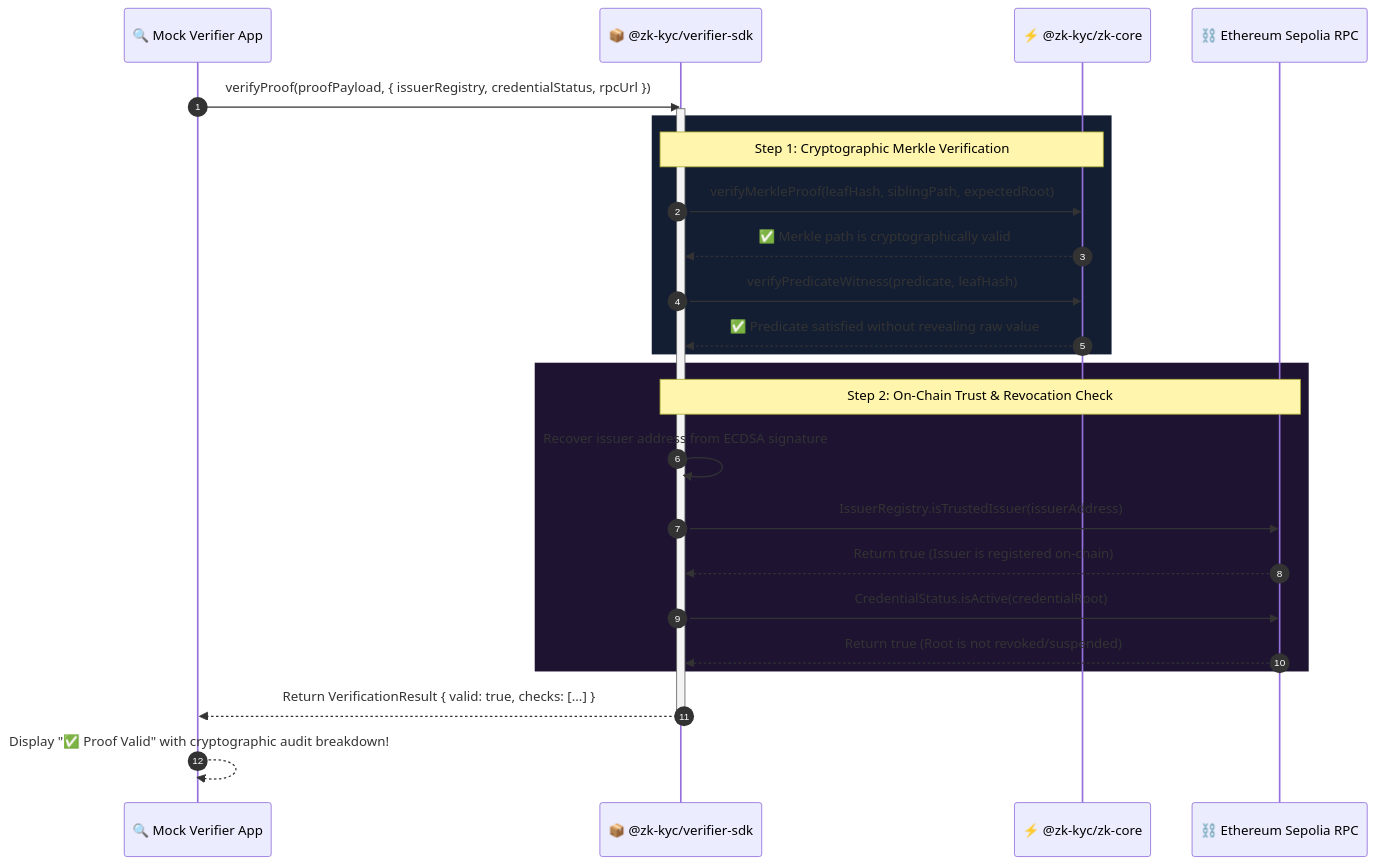
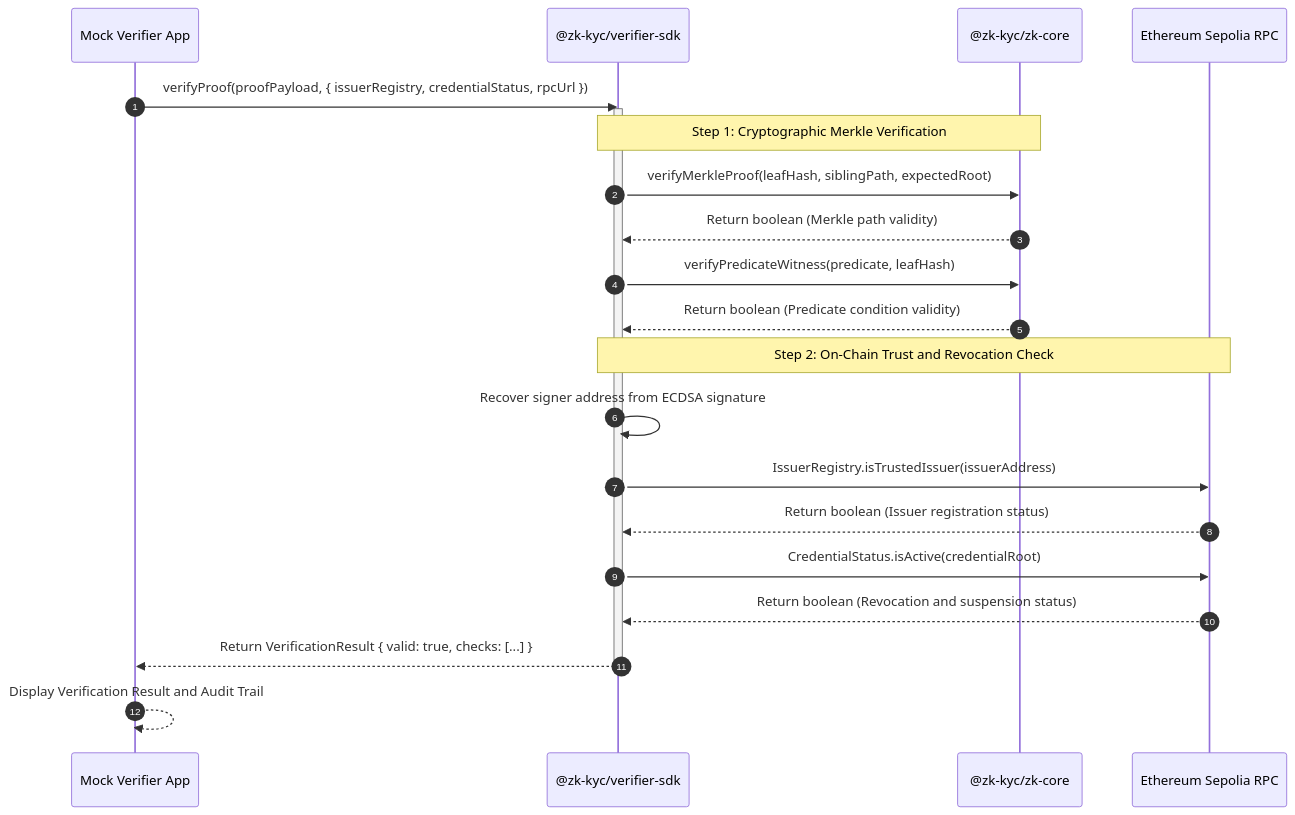
The fifth of 6 diagrams in README.md (aditya-raj9125/ZK-Kyc), drawn with Mermaid before and after one commit. The commit also changed other lines of this file, not shown here.

````diff
--- a/README.md
+++ b/README.md
@@ -218,33 +215,29 @@
 ```mermaid
 sequenceDiagram
     autonumber
-    participant Verifier as 🔍 Mock Verifier App
-    participant SDK as 📦 @zk-kyc/verifier-sdk
-    participant ZK as ⚡ @zk-kyc/zk-core
-    participant Sepolia as ⛓️ Ethereum Sepolia RPC
+    participant Verifier as Mock Verifier App
+    participant SDK as @zk-kyc/verifier-sdk
+    participant ZK as @zk-kyc/zk-core
+    participant Sepolia as Ethereum Sepolia RPC
 
     Verifier->>SDK: verifyProof(proofPayload, { issuerRegistry, credentialStatus, rpcUrl })
     activate SDK
 
-    rect rgb(20, 30, 50)
-        Note over SDK,ZK: Step 1: Cryptographic Merkle Verification
-        SDK->>ZK: verifyMerkleProof(leafHash, siblingPath, expectedRoot)
-        ZK-->>SDK: ✅ Merkle path is cryptographically valid
-        SDK->>ZK: verifyPredicateWitness(predicate, leafHash)
-        ZK-->>SDK: ✅ Predicate satisfied without revealing raw value
-    end
+    Note over SDK,ZK: Step 1: Cryptographic Merkle Verification
+    SDK->>ZK: verifyMerkleProof(leafHash, siblingPath, expectedRoot)
+    ZK-->>SDK: Return boolean (Merkle path validity)
+    SDK->>ZK: verifyPredicateWitness(predicate, leafHash)
+    ZK-->>SDK: Return boolean (Predicate condition validity)
 
-    rect rgb(30, 20, 50)
-        Note over SDK,Sepolia: Step 2: On-Chain Trust & Revocation Check
-        SDK->>SDK: Recover issuer address from ECDSA signature
-        SDK->>Sepolia: IssuerRegistry.isTrustedIssuer(issuerAddress)
-        Sepolia-->>SDK: Return true (Issuer is registered on-chain)
-        SDK->>Sepolia: CredentialStatus.isActive(credentialRoot)
-        Sepolia-->>SDK: Return true (Root is not revoked/suspended)
-    end
+    Note over SDK,Sepolia: Step 2: On-Chain Trust and Revocation Check
+    SDK->>SDK: Recover signer address from ECDSA signature
+    SDK->>Sepolia: IssuerRegistry.isTrustedIssuer(issuerAddress)
+    Sepolia-->>SDK: Return boolean (Issuer registration status)
+    SDK->>Sepolia: CredentialStatus.isActive(credentialRoot)
+    Sepolia-->>SDK: Return boolean (Revocation and suspension status)
 
     SDK-->>Verifier: Return VerificationResult { valid: true, checks: [...] }
     deactivate SDK
 
-    Verifier-->>Verifier: Display "✅ Proof Valid" with cryptographic audit breakdown!
+    Verifier-->>Verifier: Display Verification Result and Audit Trail
 ```
````
